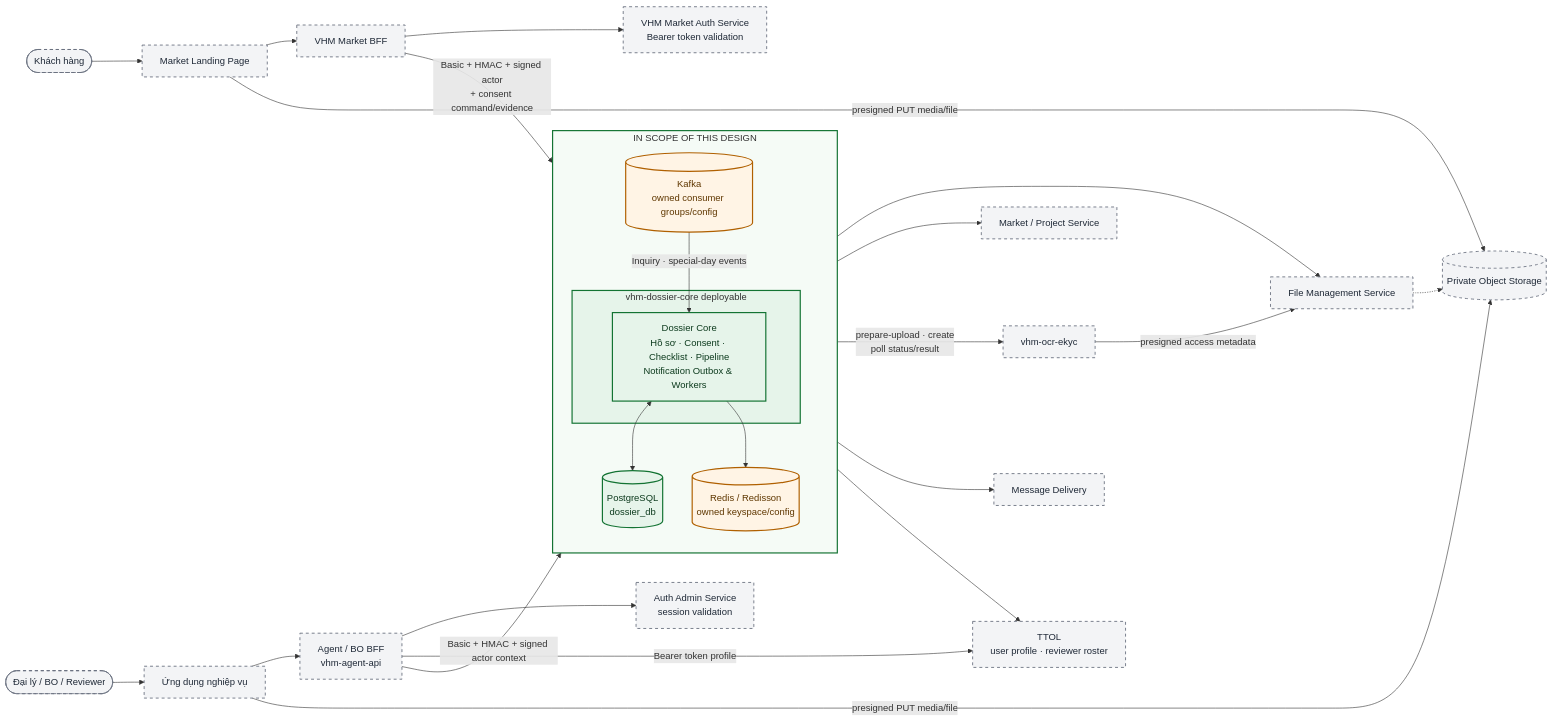
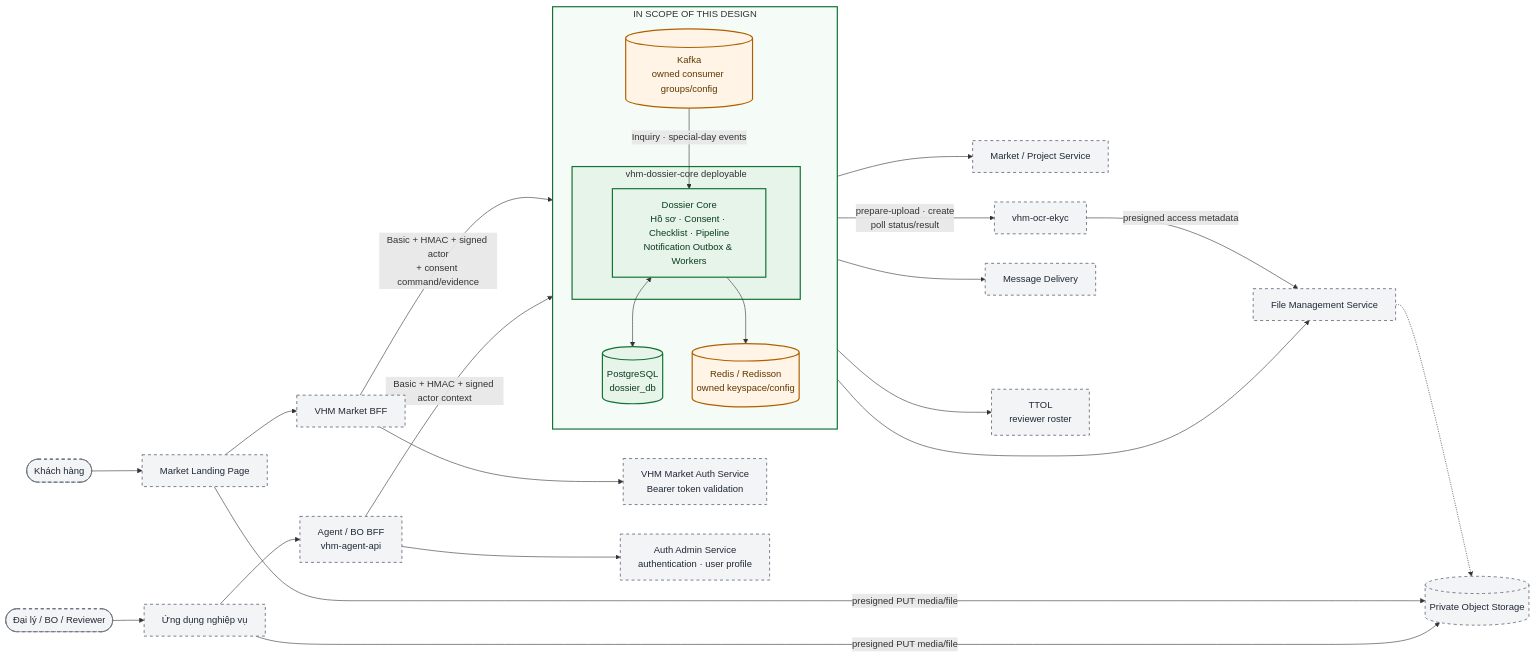
One commit to huynv-xyz/vhm changed the first of 17 diagrams in tdd-dossier.md. Above: the diagram before and after it, drawn with Mermaid. The commit also changed other lines of this file, not shown here.

````diff
--- a/tdd-dossier.md
+++ b/tdd-dossier.md
@@ -200,45 +200,44 @@
 ```mermaid
 flowchart LR
     classDef inScope fill:#E6F4EA,stroke:#137333,stroke-width:2px,color:#0D3B1E
     classDef platformScope fill:#FFF4E5,stroke:#B06000,stroke-width:2px,color:#5F3700
     classDef external fill:#F3F4F6,stroke:#6B7280,stroke-width:1.5px,stroke-dasharray:5 5,color:#1F2937
 
     Customer([Khách hàng]) --> Landing[Market Landing Page]
     Landing --> MBFF[VHM Market BFF]
     Agent([Đại lý / BO / Reviewer]) --> Channel[Ứng dụng nghiệp vụ]
     Channel --> ABFF[Agent / BO BFF<br/>vhm-agent-api]
     MBFF --> MAuth[VHM Market Auth Service<br/>Bearer token validation]
-    ABFF --> AgentAuth[Auth Admin Service<br/>session validation]
-    ABFF -->|Bearer token profile| TTOL
+    ABFF --> AgentAuth[Auth Admin Service<br/>authentication · user profile]
 
     subgraph SCOPE[IN SCOPE OF THIS DESIGN]
         direction TB
         subgraph APP[vhm-dossier-core deployable]
             Core[Dossier Core<br/>Hồ sơ · Consent · Checklist · Pipeline<br/>Notification Outbox & Workers]
         end
         PG[(PostgreSQL<br/>dossier_db)]
         Redis[(Redis / Redisson<br/>owned keyspace/config)]
         Kafka[(Kafka<br/>owned consumer groups/config)]
         Core <--> PG
         Core --> Redis
         Kafka -->|Inquiry · special-day events| Core
     end
 
     MBFF -->|Basic + HMAC + signed actor<br/>+ consent command/evidence| Core
     ABFF -->|Basic + HMAC + signed actor context| Core
     Core --> File[File Management Service]
     Core --> Project[Market / Project Service]
     Core -->|prepare-upload · create<br/>poll status/result| OCR[vhm-ocr-ekyc]
     OCR -->|presigned access metadata| File
     File -.-> Store[(Private Object Storage)]
     Landing -->|presigned PUT media/file| Store
     Channel -->|presigned PUT media/file| Store
     Core --> Msg[Message Delivery]
-    Core --> TTOL[TTOL<br/>user profile · reviewer roster]
+    Core --> TTOL[TTOL<br/>reviewer roster]
 
     class Core,PG inScope
     class Redis,Kafka platformScope
     class Customer,Landing,MBFF,Agent,Channel,ABFF,MAuth,AgentAuth,File,Store,Project,OCR,Msg,TTOL external
     style SCOPE fill:#F5FBF6,stroke:#137333,stroke-width:2px
     style APP fill:#E6F4EA,stroke:#137333,stroke-width:2px
 ```
````
